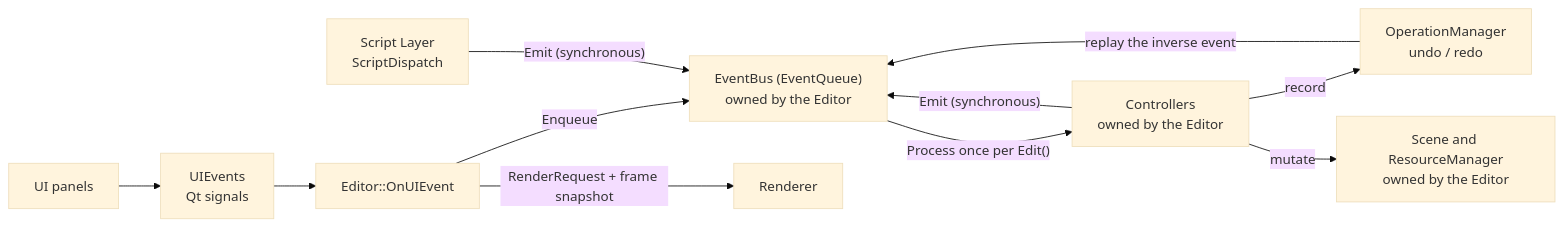
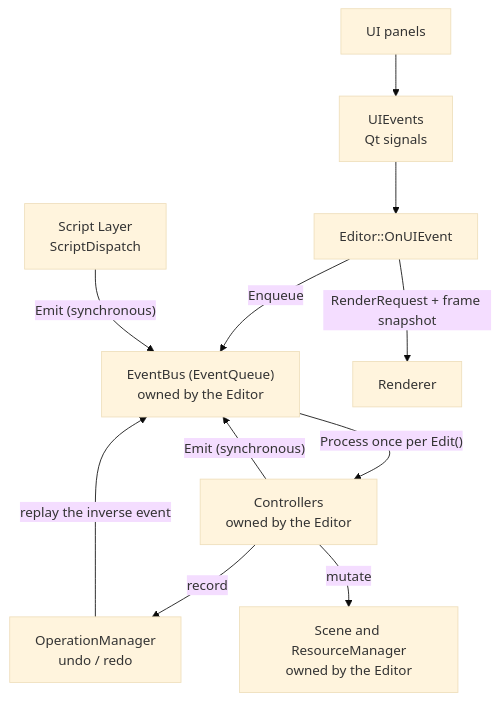
The fourth of 5 diagrams in docs/architecture/overview.md (XDzZyq/Neurus), drawn with Mermaid (base theme) before and after one commit. The commit also changed other lines of this file and 2 other files, not shown here.

First line of the commit message:
docs(diagrams): scale wide diagrams and stack the layer cards

````diff
--- a/docs/architecture/overview.md
+++ b/docs/architecture/overview.md
@@ -54,13 +60,13 @@
 ```mermaid
-flowchart LR
+flowchart TD
     ui["UI panels"] --> uiEvents["UIEvents<br/>Qt signals"]
     uiEvents --> onUIEvent["Editor::OnUIEvent"]
     onUIEvent -->|"Enqueue"| bus["EventBus (EventQueue)<br/>owned by the Editor"]
     bus -->|"Process once per Edit()"| controllers["Controllers<br/>owned by the Editor"]
     controllers -->|"Emit (synchronous)"| bus
     script["Script Layer<br/>ScriptDispatch"] -->|"Emit (synchronous)"| bus
     controllers -->|"record"| ops["OperationManager<br/>undo / redo"]
     ops -->|"replay the inverse event"| bus
     controllers -->|"mutate"| scene["Scene and ResourceManager<br/>owned by the Editor"]
     onUIEvent -->|"RenderRequest + frame snapshot"| renderer["Renderer"]
 ```
````
